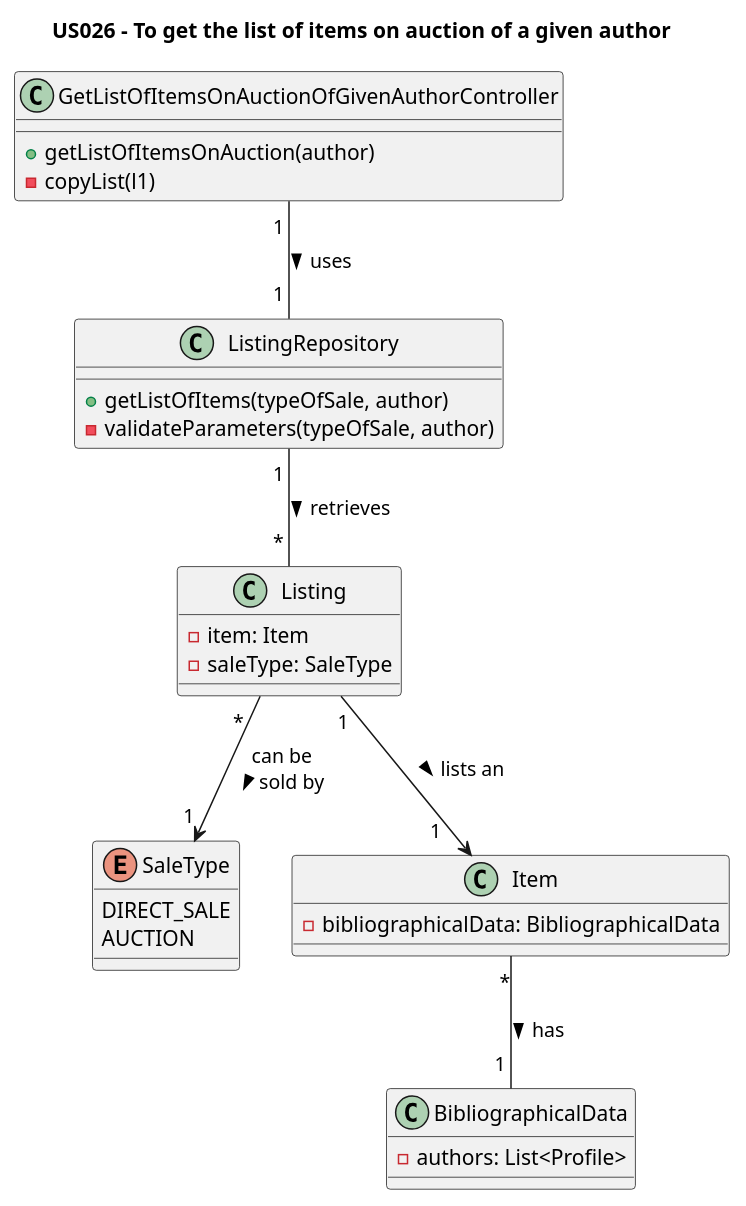
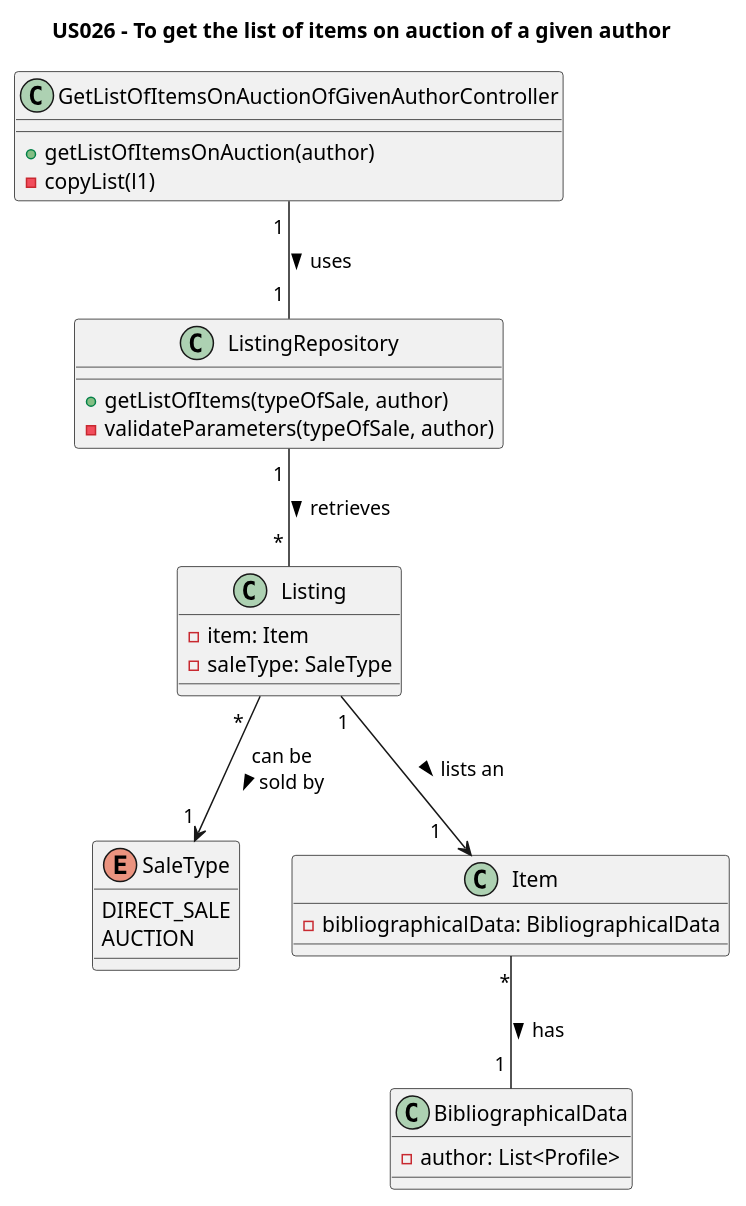
Before and after one commit to AndrePereiraGitH/SWitCH-Project-Team_A: the diagram in Diagrams/ClassDiagrams/US026-to-get-the-list-of-items-on-auction-of-a-given-author.puml, drawn with PlantUML. The commit also changed 1 other file, not shown here.

```diff
--- a/Diagrams/ClassDiagrams/US026-to-get-the-list-of-items-on-auction-of-a-given-author.puml
+++ b/Diagrams/ClassDiagrams/US026-to-get-the-list-of-items-on-auction-of-a-given-author.puml
@@ -1,40 +1,40 @@
 @startuml
 title US026 - To get the list of items on auction of a given author
 
 class GetListOfItemsOnAuctionOfGivenAuthorController {
   +getListOfItemsOnAuction(author)
   -copyList(l1)
 }
 
 class ListingRepository {
   +getListOfItems(typeOfSale, author)
   -validateParameters(typeOfSale, author)
 }
 
 class Listing {
   - item: Item
   - saleType: SaleType
 }
 
 enum SaleType {
     DIRECT_SALE
     AUCTION
 }
 
 class Item {
     - bibliographicalData: BibliographicalData
 }
 
 class BibliographicalData {
-    - authors: List<Profile>
+    - author: List<Profile>
     }
 
 ' Interactions
 
 GetListOfItemsOnAuctionOfGivenAuthorController  "1 " -- "1 " ListingRepository : uses >
 ListingRepository "1 " -- " * " Listing : retrieves >
 Listing "                                *" --> "1 " SaleType : can be\nsold by >
 Listing "1"--> "1    " Item : lists an >
 Item "*" -- "1 " BibliographicalData: has >
 
 @enduml
```
